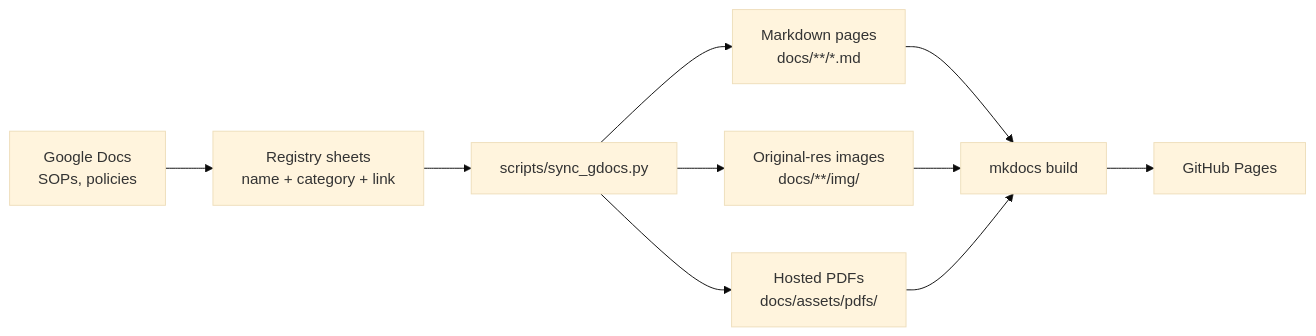
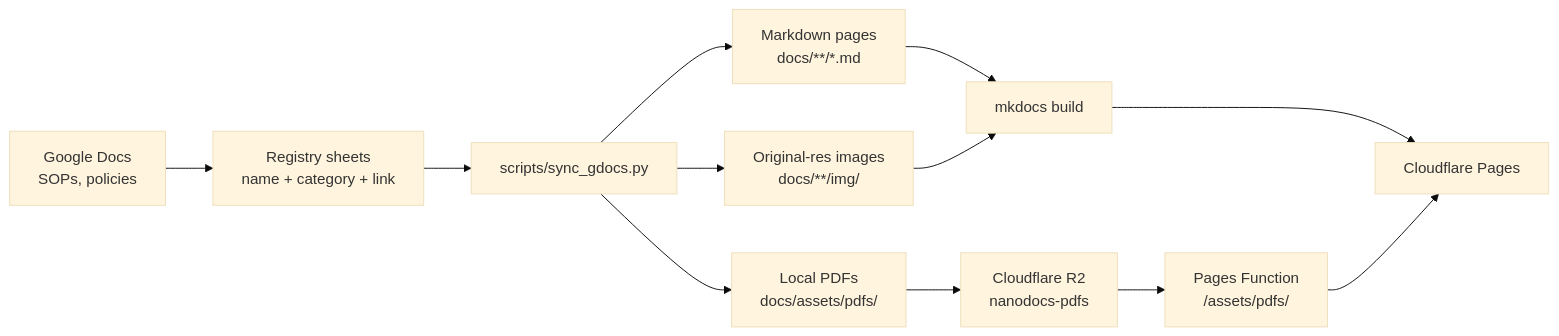
Before and after one commit to asrc-nanofab/nanodocs: the diagram in README.md, drawn with Mermaid (base theme). The commit also changed other lines of this file and 2 other files, not shown here.

First line of the commit message:
Document Cloudflare Pages + R2 PDF hosting

````diff
--- a/README.md
+++ b/README.md
@@ -13,12 +13,14 @@
 ```mermaid
 flowchart LR
     GD[Google Docs<br/>SOPs, policies] --> REG[Registry sheets<br/>name + category + link]
     REG --> SYNC[scripts/sync_gdocs.py]
     SYNC --> MD[Markdown pages<br/>docs/**/*.md]
     SYNC --> IMG[Original-res images<br/>docs/**/img/]
-    SYNC --> PDF[Hosted PDFs<br/>docs/assets/pdfs/]
+    SYNC --> PDF[Local PDFs<br/>docs/assets/pdfs/]
+    PDF --> R2[Cloudflare R2<br/>nanodocs-pdfs]
     MD --> BUILD[mkdocs build]
     IMG --> BUILD
-    PDF --> BUILD
-    BUILD --> PAGES[GitHub Pages]
+    BUILD --> PAGES[Cloudflare Pages]
+    R2 --> FN[Pages Function<br/>/assets/pdfs/]
+    FN --> PAGES
 ```
````
